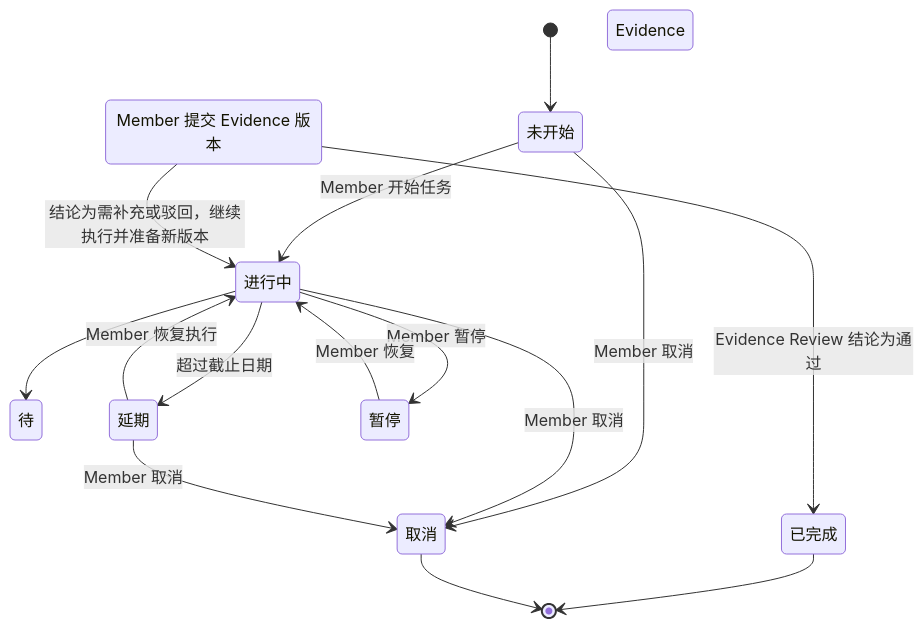
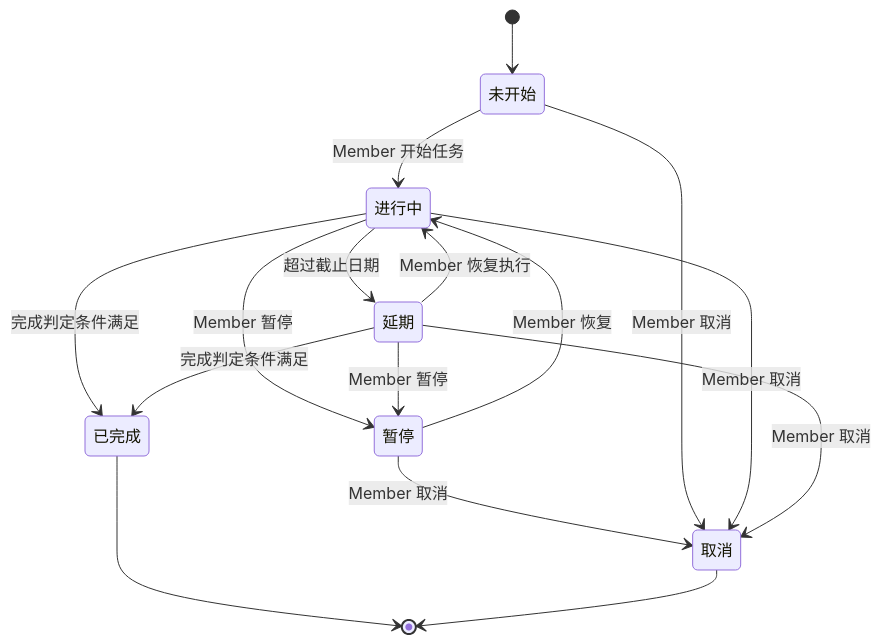
One commit to yinhui198456/team-capability-platform changed the ninth of 11 diagrams in docs/02_Design.md. Above: the diagram before and after it, drawn with Mermaid. The commit also changed other lines of this file and 12 other files, not shown here.

First line of the commit message:
feat(#63): cross-role execution-evidence E2E, dual-role review-history fix and docs closeout

````diff
--- a/docs/02_Design.md
+++ b/docs/02_Design.md
@@ -368,17 +365,18 @@
 ```mermaid
 stateDiagram-v2
     [*] --> 未开始
     未开始 --> 进行中 : Member 开始任务
-    进行中 --> 待 Evidence Review : Member 提交 Evidence 版本
-    待 Evidence Review --> 已完成 : Evidence Review 结论为通过
-    待 Evidence Review --> 进行中 : 结论为需补充或驳回，继续执行并准备新版本
+    进行中 --> 已完成 : 完成判定条件满足
     进行中 --> 延期 : 超过截止日期
     进行中 --> 暂停 : Member 暂停
     暂停 --> 进行中 : Member 恢复
+    暂停 --> 取消 : Member 取消
     未开始 --> 取消 : Member 取消
     进行中 --> 取消 : Member 取消
     已完成 --> [*]
     延期 --> 进行中 : Member 恢复执行
+    延期 --> 暂停 : Member 暂停
+    延期 --> 已完成 : 完成判定条件满足
     延期 --> 取消 : Member 取消
     取消 --> [*]
 ```
````
